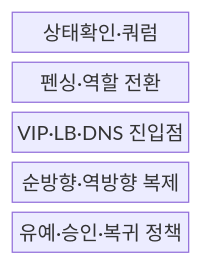
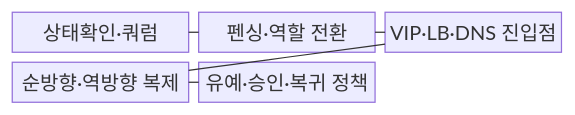
One commit to agnusdei1207/knowledge-base changed the first of 2 diagrams in src/content/docs/notes/06-evaluation/022_auto_failover_failback.md. Above: the diagram before and after it, drawn with Mermaid. The commit also changed other lines of this file and 53 other files, not shown here.

````diff
--- a/src/content/docs/notes/06-evaluation/022_auto_failover_failback.md
+++ b/src/content/docs/notes/06-evaluation/022_auto_failover_failback.md
@@ -61,9 +61,13 @@
 ```mermaid
 block-beta
-  columns 1
+  columns 3
   H["상태확인·쿼럼"]
   F["펜싱·역할 전환"]
   E["VIP·LB·DNS 진입점"]
   D["순방향·역방향 복제"]
   P["유예·승인·복귀 정책"]
+  H --- F
+  F --- E
+  E --- D
+  D --- P
 ```
````
